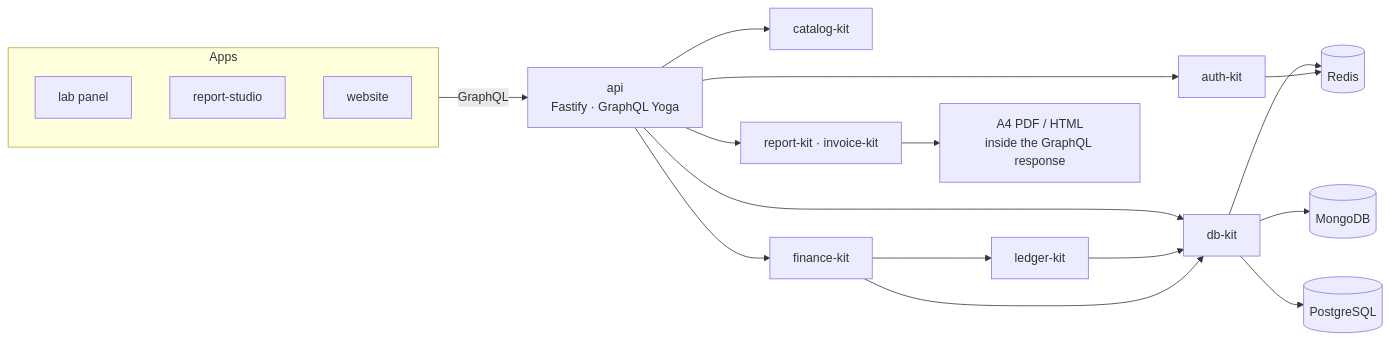
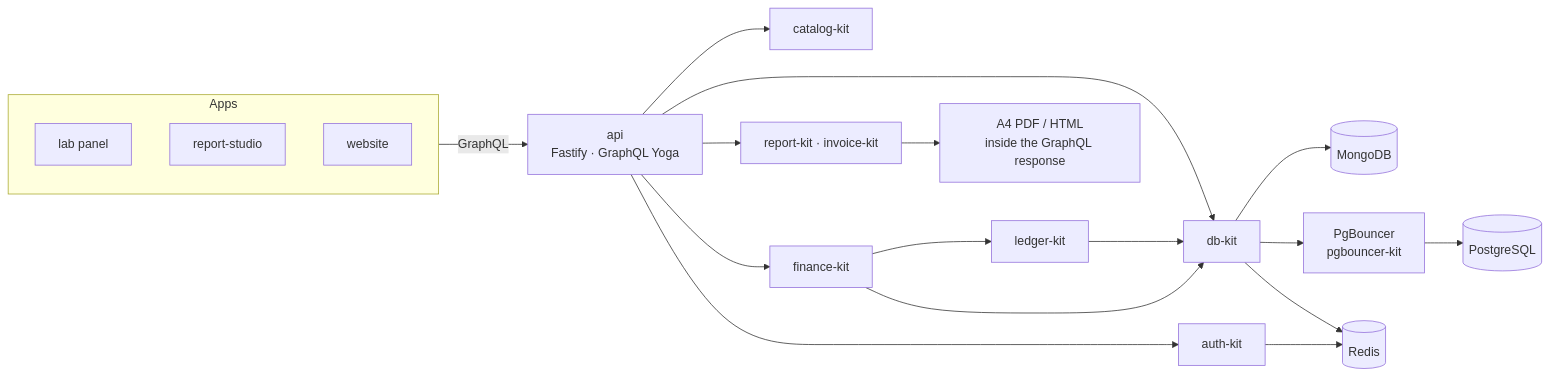
The diagram in profile/README.md (mgpl-diagnostics/.github), drawn with Mermaid before and after one commit. The commit also changed other lines of this file and 3 other files, not shown here.

First line of the commit message:
chore: protect pgbouncer-kit and list it on the org profile

````diff
--- a/profile/README.md
+++ b/profile/README.md
@@ -131,22 +141,23 @@
 ```mermaid
 flowchart LR
   subgraph Apps
     P[lab panel]
     S[report-studio]
     W[website]
   end
   Apps -->|"GraphQL"| API["api<br/>Fastify · GraphQL Yoga"]
   API --> AUTH[auth-kit]
   API --> DB[db-kit]
   API --> CAT[catalog-kit]
   API --> RND["report-kit · invoice-kit"]
   API --> FIN[finance-kit]
   FIN --> BOOKS[ledger-kit]
   BOOKS --> DB
   FIN --> DB
   DB --> M[(MongoDB)]
-  DB --> PG[(PostgreSQL)]
+  DB --> PGB["PgBouncer<br/>pgbouncer-kit"]
+  PGB --> PG[(PostgreSQL)]
   DB --> R[(Redis)]
   AUTH --> R
   RND --> PDF["A4 PDF / HTML<br/>inside the GraphQL response"]
 ```
````
